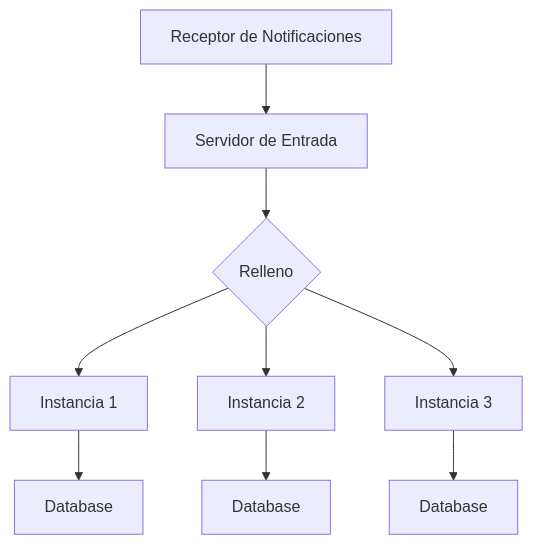
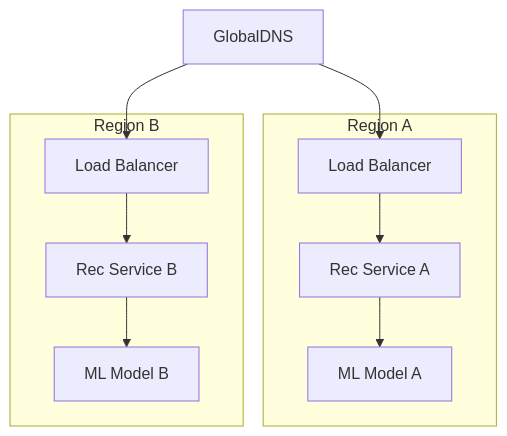
One commit to Joaquinriosheredia/DAM-Java-Mastery changed the fifth of 7 diagrams in _Review/arquitectura_para_sistemas_de_recomendacion/arquitectura_para_sistemas_de_recomendacion.md. Above: the diagram before and after it, drawn with Mermaid. The commit also changed other lines of this file, not shown here.

````diff
--- a/_Review/arquitectura_para_sistemas_de_recomendacion/arquitectura_para_sistemas_de_recomendacion.md
+++ b/_Review/arquitectura_para_sistemas_de_recomendacion/arquitectura_para_sistemas_de_recomendacion.md
@@ -623,13 +327,13 @@
 ```mermaid
 graph TD
-    A[Servidor de Entrada] --> B{Relleno}
-    B --> C[Instancia 1]
-    B --> D[Instancia 2]
-    B --> E[Instancia 3]
-
-    C --> F[Database]
-    D --> G[Database]
-    E --> H[Database]
-
-    I[Receptor de Notificaciones] --> A
+    subgraph Region A
+        LB_A[Load Balancer] --> SVC_A[Rec Service A]
+        SVC_A --> ML_A[ML Model A]
+    end
+    subgraph Region B
+        LB_B[Load Balancer] --> SVC_B[Rec Service B]
+        SVC_B --> ML_B[ML Model B]
+    end
+    GlobalDNS --> LB_A
+    GlobalDNS --> LB_B
 ```
````
